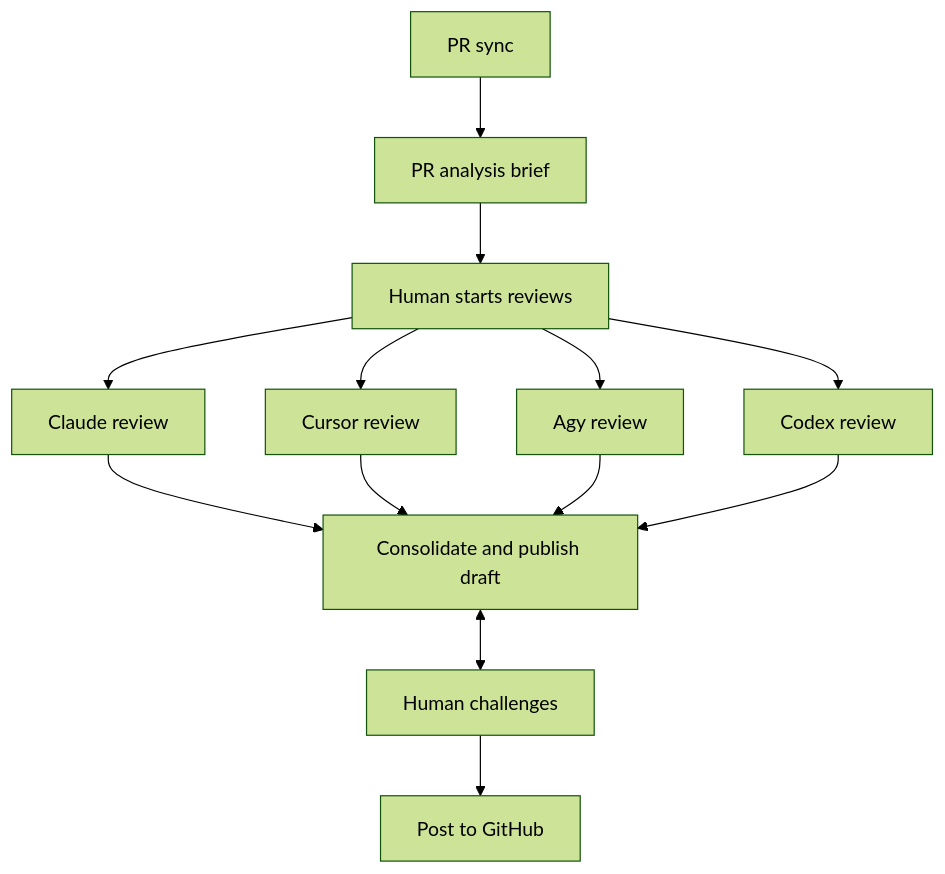
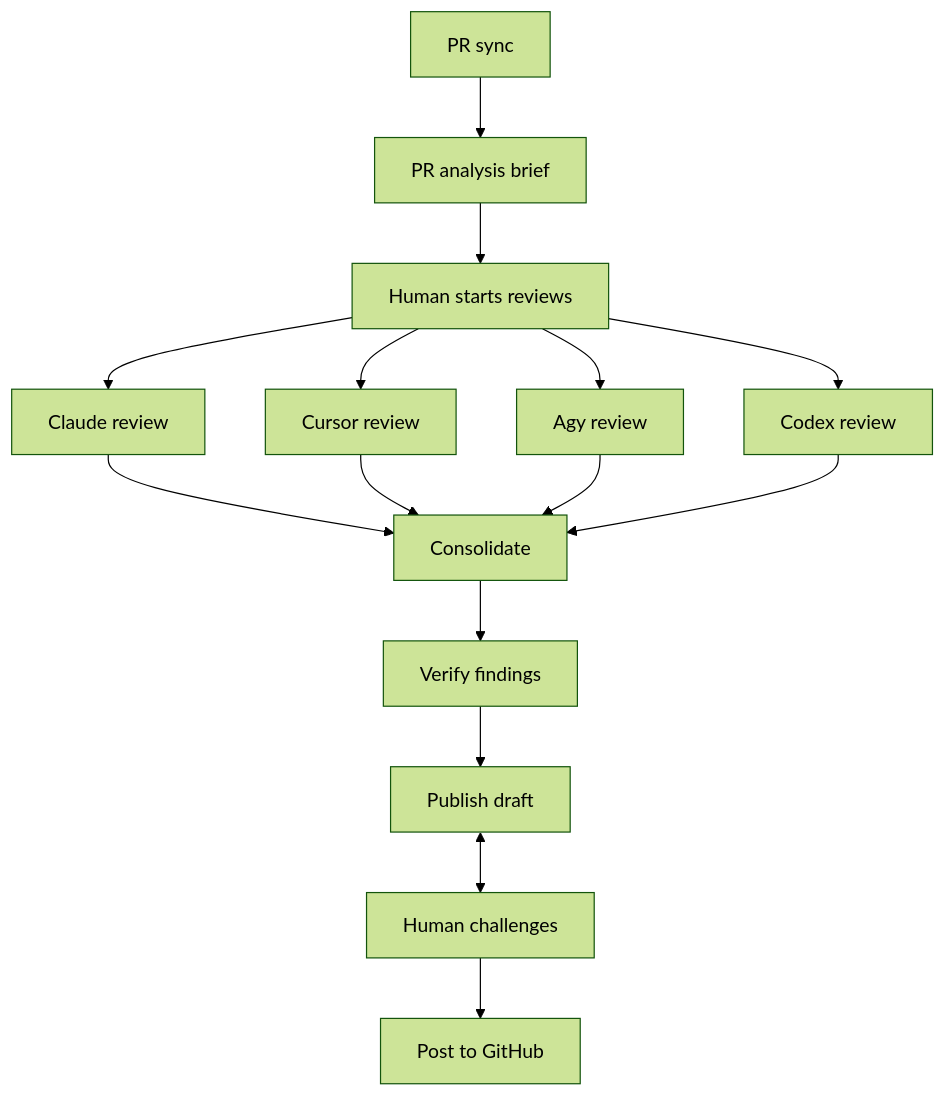
Before and after one commit to israel-segundo/lazyreview: the first of 3 diagrams in README.md, drawn with Mermaid (forest theme). The commit also changed other lines of this file and 13 other files, not shown here.

````diff
--- a/README.md
+++ b/README.md
@@ -19,15 +20,17 @@
 ```mermaid
 flowchart TD
   sync[PR sync] --> analysis[PR analysis brief]
   analysis --> order[Human starts reviews]
   order --> r1[Claude review]
   order --> r2[Cursor review]
   order --> r3[Agy review]
   order --> r4[Codex review]
-  r1 --> consol[Consolidate and publish draft]
+  r1 --> consol[Consolidate]
   r2 --> consol
   r3 --> consol
   r4 --> consol
-  consol <--> challenge[Human challenges]
+  consol --> verify[Verify findings]
+  verify --> publish[Publish draft]
+  publish <--> challenge[Human challenges]
   challenge --> github[Post to GitHub]
 ```
````
